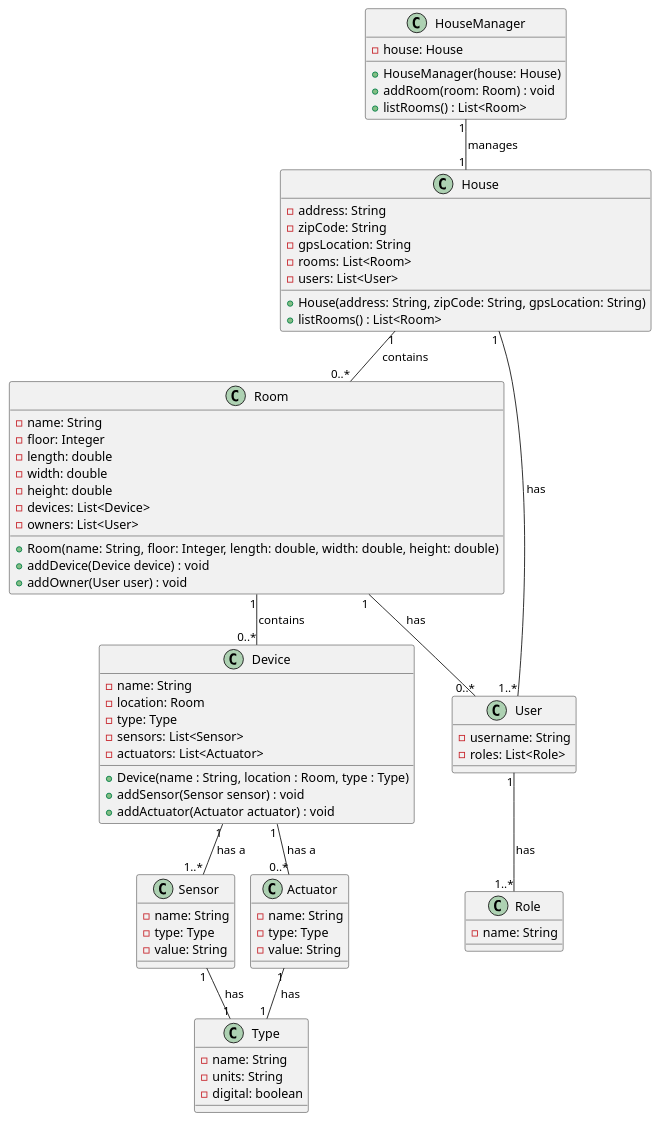
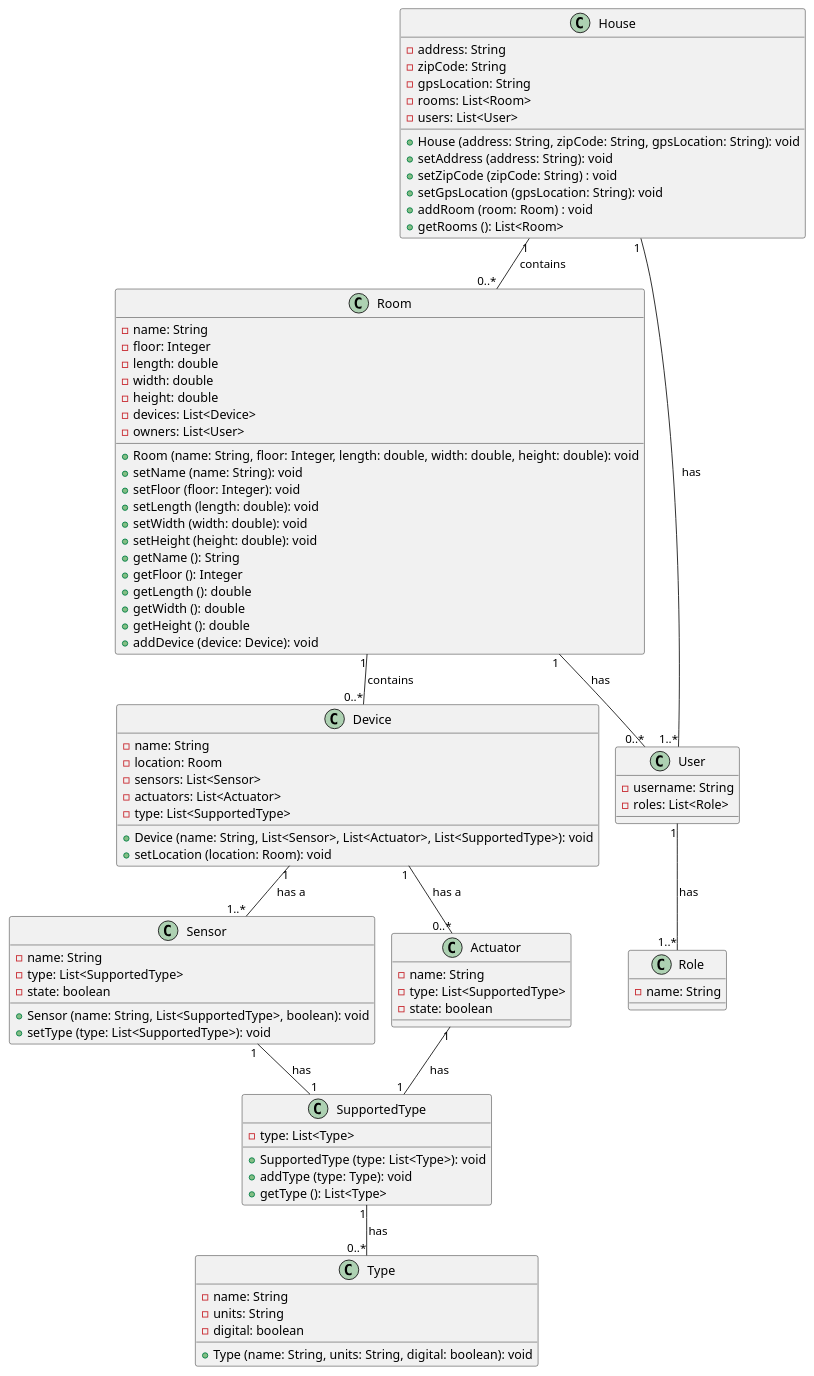
Before and after one commit to rueloParente/workProgress: the diagram in docs/uml/ClassDiagram.puml, drawn with PlantUML. The commit also changed 17 other files, not shown here.

```diff
--- a/docs/uml/ClassDiagram.puml
+++ b/docs/uml/ClassDiagram.puml
@@ -1,81 +1,110 @@
 @startuml
 !pragma layout smetana
 class House {
-  -address: String
-  -zipCode: String
-  -gpsLocation: String
-  -rooms: List<Room>
-  -users: List<User>
-  +House(address: String, zipCode: String, gpsLocation: String)
-  +listRooms() : List<Room>
+-address: String
+-zipCode: String
+-gpsLocation: String
+-rooms: List<Room>
+-users: List<User>
++House (address: String, zipCode: String, gpsLocation: String): void
++setAddress (address: String): void
++setZipCode (zipCode: String) : void
++setGpsLocation (gpsLocation: String): void
++addRoom (room: Room) : void
++getRooms (): List<Room>
 }
-class HouseManager {
--house: House
-+HouseManager(house: House)
-+addRoom(room: Room) : void
-+listRooms() : List<Room>
+' Room is a class that represents a room/divistion of the house, we will be considering
+' that a room can be a bedroom, a kitchen but also a garden or a garage
+class Room {
+
+-name: String
+-floor: Integer
+-length: double
+-width: double
+-height: double
+-devices: List<Device>
+-owners: List<User>
++Room (name: String, floor: Integer, length: double, width: double, height: double): void
++setName (name: String): void
++setFloor (floor: Integer): void
++setLength (length: double): void
++setWidth (width: double): void
++setHeight (height: double): void
++getName (): String
++getFloor (): Integer
++getLength (): double
++getWidth (): double
++getHeight (): double
++addDevice (device: Device): void
+
 }
 
-class Room {
-  -name: String
-  -floor: Integer
-  -length: double
-  -width: double
-  -height: double
-  -devices: List<Device>
-  -owners: List<User>
-  +Room(name: String, floor: Integer, length: double, width: double, height: double)
-  +addDevice(Device device) : void
-  +addOwner(User user) : void
-}
-
+' We can get the device type by a method checking
+' the type of the sensors and actuators
 class Device {
-  -name: String
-  -location: Room
-  -type: Type
-  -sensors: List<Sensor>
-  -actuators: List<Actuator>
-  +Device(name : String, location : Room, type : Type)
-  +addSensor(Sensor sensor) : void
-  +addActuator(Actuator actuator) : void
+-name: String
+-location: Room
+-sensors: List<Sensor>
+-actuators: List<Actuator>
+-type: List<SupportedType>
++Device (name: String, List<Sensor>, List<Actuator>, List<SupportedType>): void
++setLocation (location: Room): void
 }
 
 class Sensor {
-  -name: String
-  -type: Type
-  -value: String
+-name: String
+-type: List<SupportedType>
+-state: boolean
++Sensor (name: String, List<SupportedType>, boolean): void
++setType (type: List<SupportedType>): void
+
+
+
 }
+class SupportedType {
+-type: List<Type>
++SupportedType (type: List<Type>): void
++addType (type: Type): void
++getType (): List<Type>
+}
+class Type {
+-name: String
+-units: String
+-digital: boolean
++Type (name: String, units: String, digital: boolean): void
 
+
+}
 class Actuator {
-  -name: String
-  -type: Type
-  -value: String
-}
+-name: String
+-type: List<SupportedType>
+-state: boolean
 
-class Type {
-  -name: String
-  -units: String
-  -digital: boolean
 }
 
 class User {
-  -username: String
-  -roles: List<Role>
+
+-username: String
+-roles: List<Role>
+
 }
 
 class Role {
-  -name: String
+
+-name: String
+
+
 }
-
 
 House "1" -- "0..*" Room : contains
 Room "1"-- "0..*" Device : contains
 Device "1" --"1..*" Sensor : has a
 Device "1" --"0..*" Actuator : has a
 House "1" -- "1..*" User : has
 Room "1" -- "0..*" User : has
 User "1"-- "1..*" Role : has
-Sensor "1" -- "1" Type : has
-Actuator "1" -- "1" Type : has
-HouseManager "1" -- "1" House : manages
+Sensor "1" -- "1" SupportedType : has
+Actuator "1" -- "1" SupportedType : has
+SupportedType "1" -- "0..*" Type : has
+
 @enduml
```
